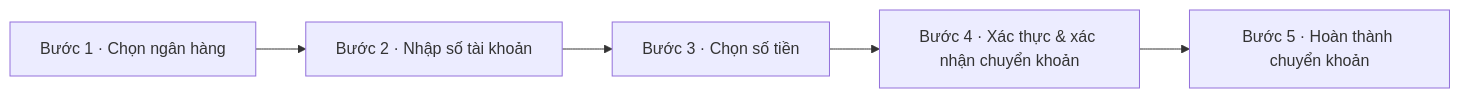
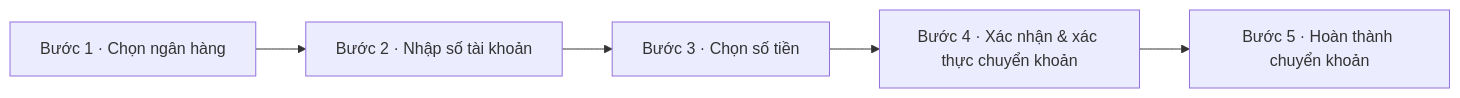
The first of 6 diagrams in docs/PRD.md (uxfoundation-vn/de07-chuyen-khoan-ngan-hang), drawn with Mermaid before and after one commit. The commit also changed other lines of this file and 2 other files, not shown here.

First line of the commit message:
Đề 7: bấm Xác nhận ở màn chọn số tiền rồi mới xem lại giao dịch

````diff
--- a/docs/PRD.md
+++ b/docs/PRD.md
@@ -245,12 +245,12 @@
 ```mermaid
 flowchart LR
   L1["Bước 1 · Chọn ngân hàng"]
   L2["Bước 2 · Nhập số tài khoản"]
   L3["Bước 3 · Chọn số tiền"]
-  L4["Bước 4 · Xác thực & xác nhận chuyển khoản"]
+  L4["Bước 4 · Xác nhận & xác thực chuyển khoản"]
   L5["Bước 5 · Hoàn thành chuyển khoản"]
   L1 --> L2
   L2 --> L3
   L3 --> L4
   L4 --> L5
 ```
````
